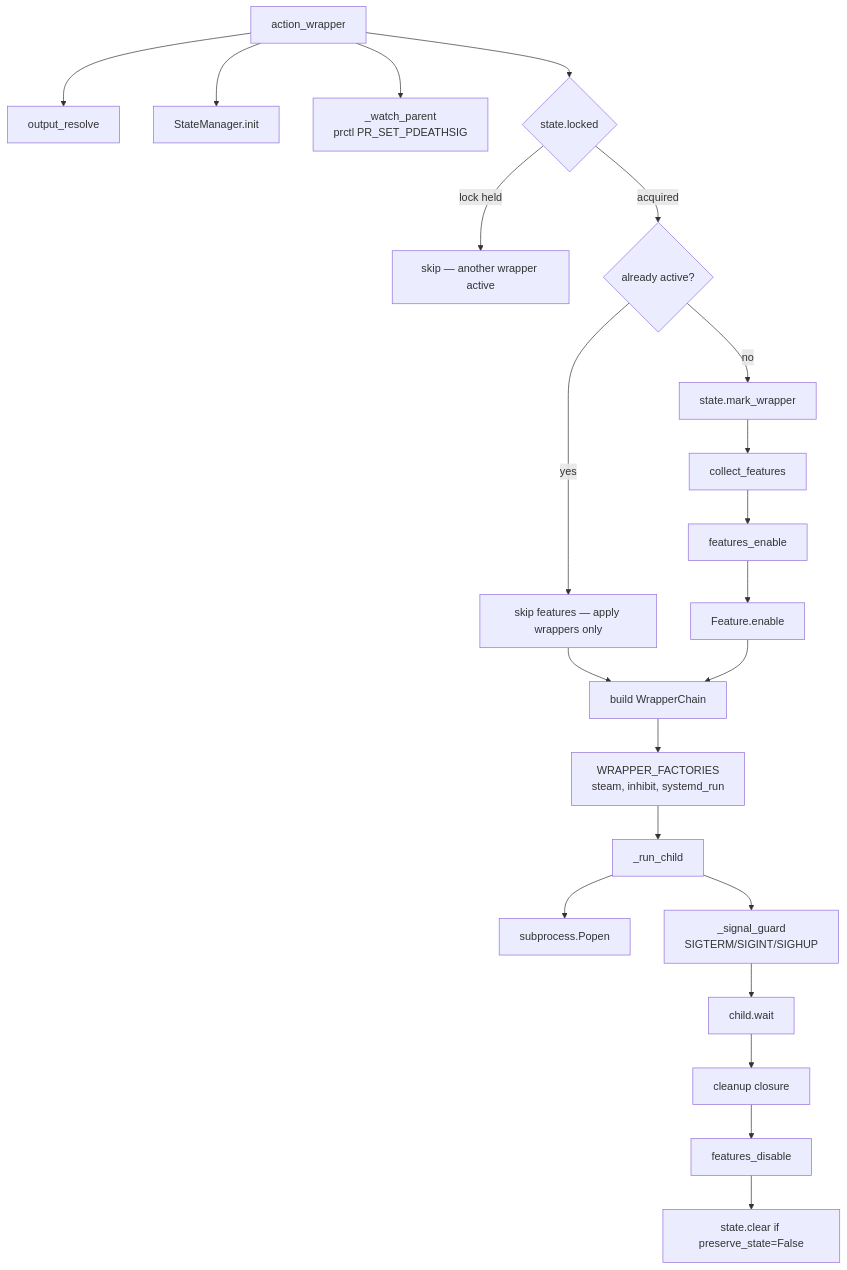
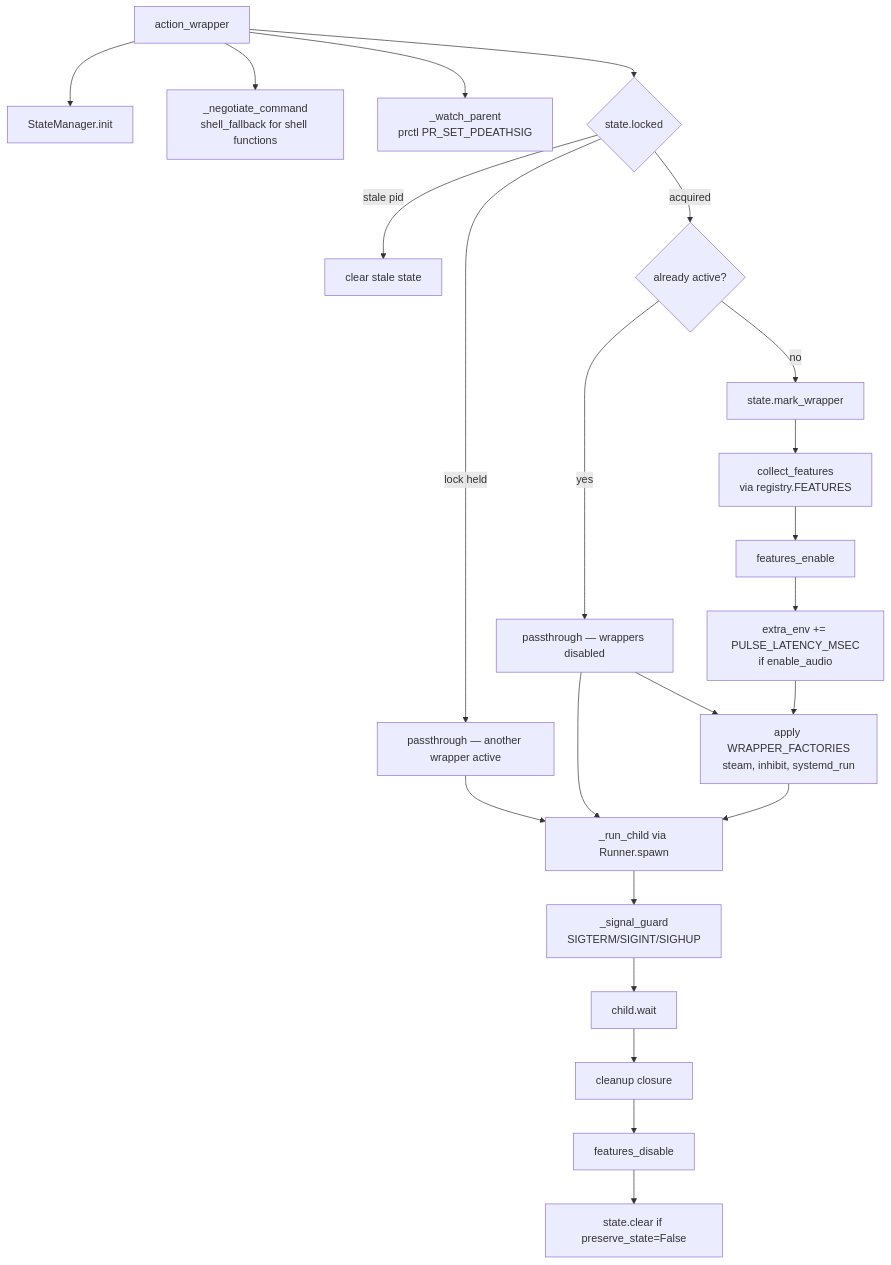
The fourth of 6 diagrams in DESIGN.md (WombatFromHell/beryl-gamemode), drawn with Mermaid before and after one commit. The commit also changed other lines of this file and 28 other files, not shown here.

````diff
--- a/DESIGN.md
+++ b/DESIGN.md
@@ -224,24 +252,25 @@
 ```mermaid
 graph TD
-    A[action_wrapper] --> B[output_resolve]
-    A --> C["StateManager.init"]
+    A[action_wrapper] --> B["StateManager.init"]
+    A --> C[_negotiate_command<br/>shell_fallback for shell functions]
     A --> D[_watch_parent<br/>prctl PR_SET_PDEATHSIG]
     A --> E{"state.locked"}
-    E -->|lock held| F[skip — another wrapper active]
-    E -->|acquired| G{already active?}
-    G -->|yes| H[skip features — apply wrappers only]
-    G -->|no| I["state.mark_wrapper"]
-    I --> J[collect_features]
-    J --> K[features_enable]
-    K --> L["Feature.enable"]
-    H --> M[build WrapperChain]
-    L --> M
-    M --> N[WRAPPER_FACTORIES<br/>steam, inhibit, systemd_run]
-    N --> O[_run_child]
-    O --> P["subprocess.Popen"]
-    O --> Q[_signal_guard<br/>SIGTERM/SIGINT/SIGHUP]
-    Q --> R["child.wait"]
-    R --> S[cleanup closure]
-    S --> T[features_disable]
-    T --> U["state.clear if preserve_state=False"]
+    E -->|lock held| F[passthrough — another wrapper active]
+    E -->|stale pid| G[clear stale state]
+    E -->|acquired| H{already active?}
+    H -->|yes| I[passthrough — wrappers disabled]
+    H -->|no| J["state.mark_wrapper"]
+    J --> K[collect_features<br/>via registry.FEATURES]
+    K --> L[features_enable]
+    L --> M[extra_env += PULSE_LATENCY_MSEC<br/>if enable_audio]
+    I --> N[apply WRAPPER_FACTORIES<br/>steam, inhibit, systemd_run]
+    M --> N
+    F --> O[_run_child via Runner.spawn]
+    I --> O
+    N --> O
+    O --> P["_signal_guard<br/>SIGTERM/SIGINT/SIGHUP"]
+    P --> Q["child.wait"]
+    Q --> R[cleanup closure]
+    R --> S[features_disable]
+    S --> T["state.clear if preserve_state=False"]
 ```
````
